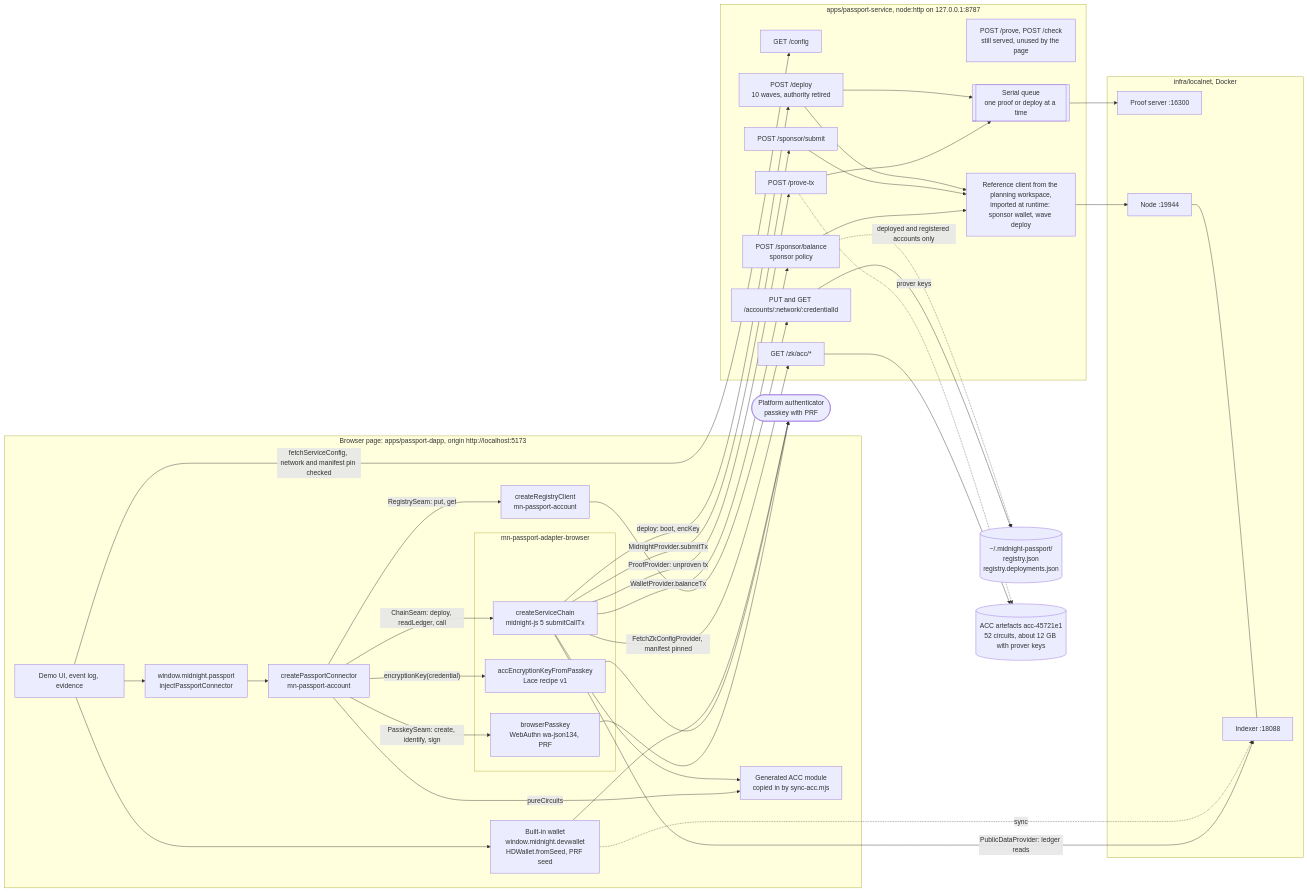
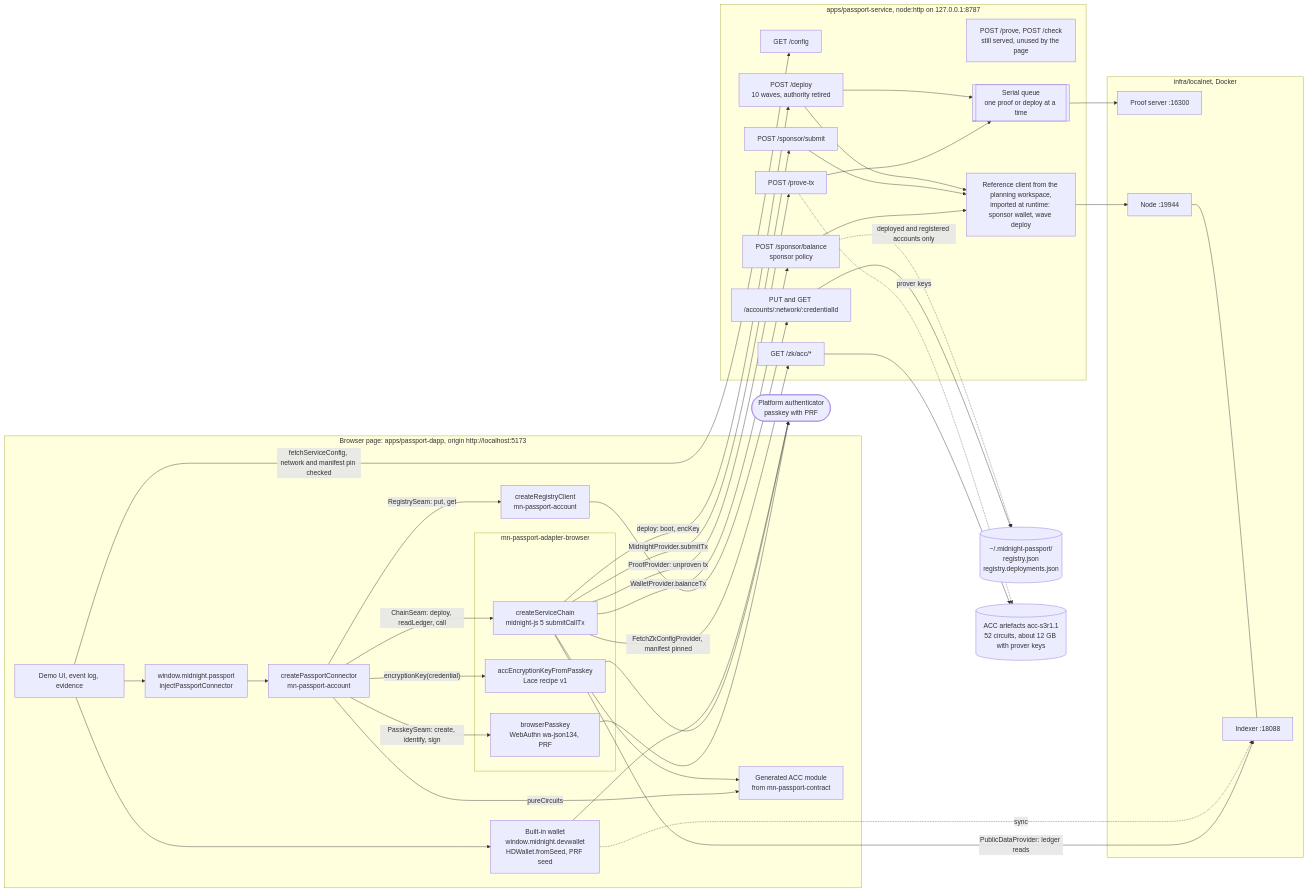
Before and after one commit to input-output-hk/midnight-passport-sdk: the second of 3 diagrams in docs/prototype/architecture.md, drawn with Mermaid. The commit also changed other lines of this file and 20 other files, not shown here.

````diff
--- a/docs/prototype/architecture.md
+++ b/docs/prototype/architecture.md
@@ -125,73 +125,73 @@
 ```mermaid
 flowchart LR
   subgraph Page["Browser page: apps/passport-dapp, origin http://localhost:5173"]
     UI["Demo UI, event log, evidence"]
     Shim["window.midnight.passport<br/>injectPassportConnector"]
     Conn["createPassportConnector<br/>mn-passport-account"]
     subgraph AB["mn-passport-adapter-browser"]
       PK["browserPasskey<br/>WebAuthn wa-json134, PRF"]
       Recipe["accEncryptionKeyFromPasskey<br/>Lace recipe v1"]
       Chain["createServiceChain<br/>midnight-js 5 submitCallTx"]
     end
     RegC["createRegistryClient<br/>mn-passport-account"]
-    Gen["Generated ACC module<br/>copied in by sync-acc.mjs"]
+    Gen["Generated ACC module<br/>from mn-passport-contract"]
     Wallet["Built-in wallet<br/>window.midnight.devwallet<br/>HDWallet.fromSeed, PRF seed"]
   end
 
   Authn(["Platform authenticator<br/>passkey with PRF"])
 
   subgraph Svc["apps/passport-service, node:http on 127.0.0.1:8787"]
     Cfg["GET /config"]
     ZK["GET /zk/acc/*"]
     PT["POST /prove-tx"]
     PL["POST /prove, POST /check<br/>still served, unused by the page"]
     SB["POST /sponsor/balance<br/>sponsor policy"]
     SS["POST /sponsor/submit"]
     DP["POST /deploy<br/>10 waves, authority retired"]
     AC["PUT and GET /accounts/:network/:credentialId"]
     Q[["Serial queue<br/>one proof or deploy at a time"]]
     Ref["Reference client from the planning workspace,<br/>imported at runtime: sponsor wallet, wave deploy"]
   end
 
   Files[("~/.midnight-passport/<br/>registry.json<br/>registry.deployments.json")]
-  Art[("ACC artefacts acc-45721e1<br/>52 circuits, about 12 GB with prover keys")]
+  Art[("ACC artefacts acc-s3r1.1<br/>52 circuits, about 12 GB with prover keys")]
 
   subgraph Net["infra/localnet, Docker"]
     PS["Proof server :16300"]
     NodeN["Node :19944"]
     Idx["Indexer :18088"]
   end
 
   UI --> Shim --> Conn
   UI --> Wallet
   Conn -- "PasskeySeam: create, identify, sign" --> PK
   Conn -- "encryptionKey(credential)" --> Recipe
   Conn -- "ChainSeam: deploy, readLedger, call" --> Chain
   Conn -- "RegistrySeam: put, get" --> RegC
   Conn -- "pureCircuits" --> Gen
   Chain --> Gen
   PK --> Authn
   Recipe --> Authn
   Wallet --> Authn
   UI -- "fetchServiceConfig, network and manifest pin checked" --> Cfg
   Chain -- "FetchZkConfigProvider, manifest pinned" --> ZK
   Chain -- "ProofProvider: unproven tx" --> PT
   Chain -- "WalletProvider.balanceTx" --> SB
   Chain -- "MidnightProvider.submitTx" --> SS
   Chain -- "deploy: boot, encKey" --> DP
   Chain -- "PublicDataProvider: ledger reads" --> Idx
   RegC --> AC
   Wallet -. "sync" .-> Idx
   ZK --> Art
   PT --> Q
   DP --> Q
   Q --> PS
   PT -. "prover keys" .-> Art
   SB --> Ref
   SS --> Ref
   DP --> Ref
   Ref --> NodeN
   AC --> Files
   SB -. "deployed and registered accounts only" .-> Files
   NodeN --- Idx
 ```
````
